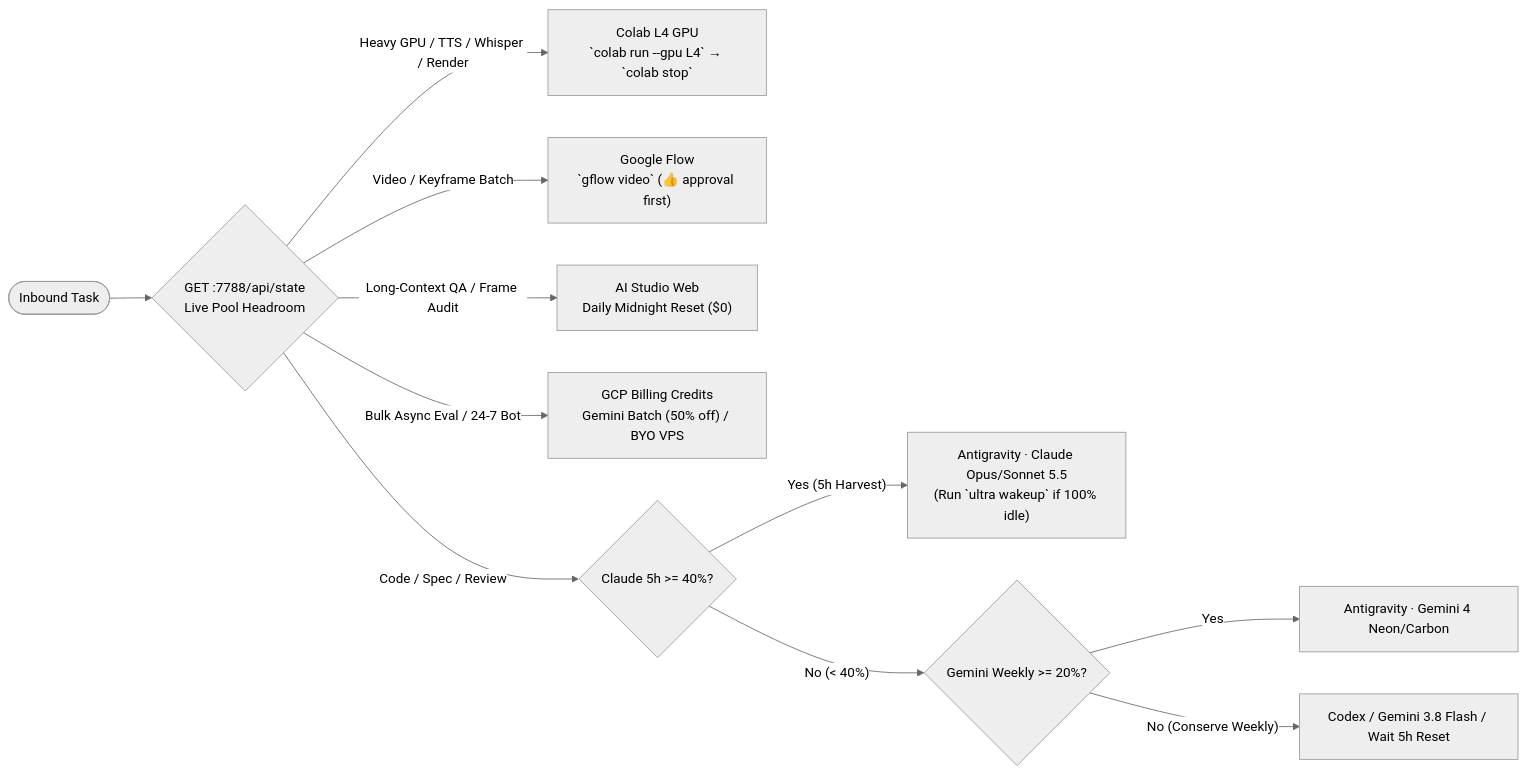
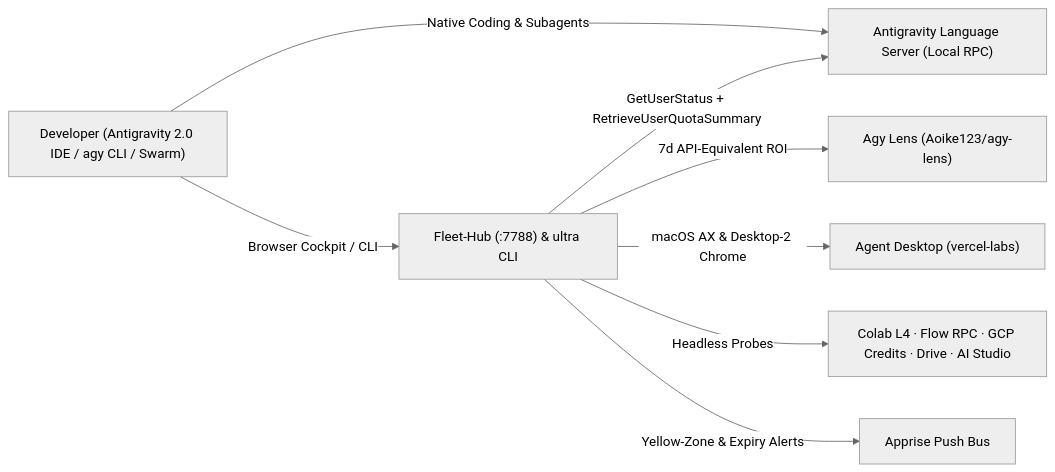
Before and after one commit to IMYin/google-ultra-maximizer: the diagram in README.md, drawn with Mermaid (neutral theme). The commit also changed other lines of this file and 28 other files, not shown here.

First line of the commit message:
release: v3.0.0 native Antigravity 2.0, Spatial Observatory UI, and auto-updater

````diff
--- a/README.md
+++ b/README.md
@@ -117,13 +33,10 @@
 ```mermaid
 flowchart LR
-    Task(["Inbound Task"]) --> Check{"GET :7788/api/state\nLive Pool Headroom"}
-    Check -->|"Heavy GPU / TTS / Whisper / Render"| Colab["Colab L4 GPU\n`colab run --gpu L4` → `colab stop`"]
-    Check -->|"Video / Keyframe Batch"| Flow["Google Flow\n`gflow video` (👍 approval first)"]
-    Check -->|"Long-Context QA / Frame Audit"| Studio["AI Studio Web\nDaily Midnight Reset ($0)"]
-    Check -->|"Bulk Async Eval / 24-7 Bot"| GCP["GCP Billing Credits\nGemini Batch (50% off) / BYO VPS"]
-    Check -->|"Code / Spec / Review"| C5{"Claude 5h >= 40%?"}
-    C5 -->|"Yes (5h Harvest)"| Claude["Antigravity · Claude Opus/Sonnet 5.5\n(Run `ultra wakeup` if 100% idle)"]
-    C5 -->|"No (< 40%)"| Gem{"Gemini Weekly >= 20%?"}
-    Gem -->|"Yes"| Gemini["Antigravity · Gemini 4 Neon/Carbon"]
-    Gem -->|"No (Conserve Weekly)"| Codex["Codex / Gemini 3.8 Flash / Wait 5h Reset"]
+    User["Developer (Antigravity 2.0 IDE / agy CLI / Swarm)"] -->|"Native Coding & Subagents"| AgyLS["Antigravity Language Server (Local RPC)"]
+    User -->|"Browser Cockpit / CLI"| Hub["Fleet-Hub (:7788) & ultra CLI"]
+    Hub -->|"GetUserStatus + RetrieveUserQuotaSummary"| AgyLS
+    Hub -->|"7d API-Equivalent ROI"| Lens["Agy Lens (Aoike123/agy-lens)"]
+    Hub -->|"macOS AX & Desktop-2 Chrome"| AD["Agent Desktop (vercel-labs)"]
+    Hub -->|"Headless Probes"| Pools["Colab L4 · Flow RPC · GCP Credits · Drive · AI Studio"]
+    Hub -->|"Yellow-Zone & Expiry Alerts"| Apprise["Apprise Push Bus"]
 ```
````
